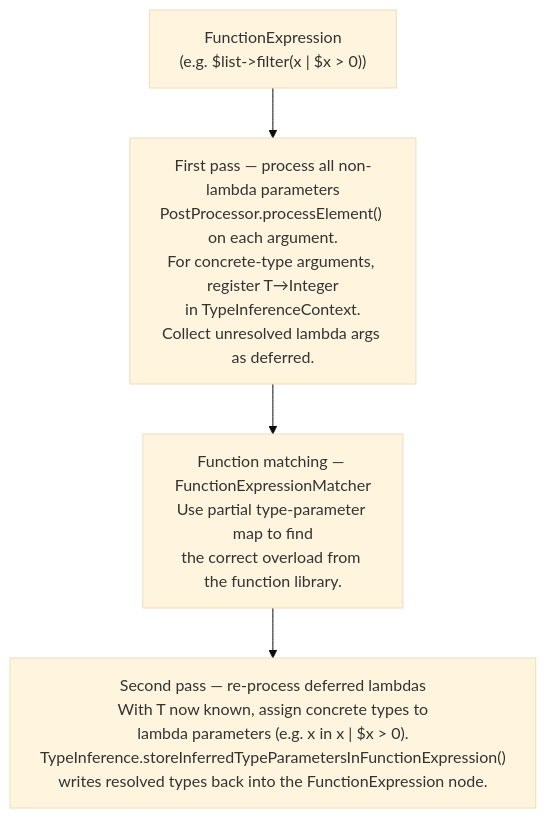
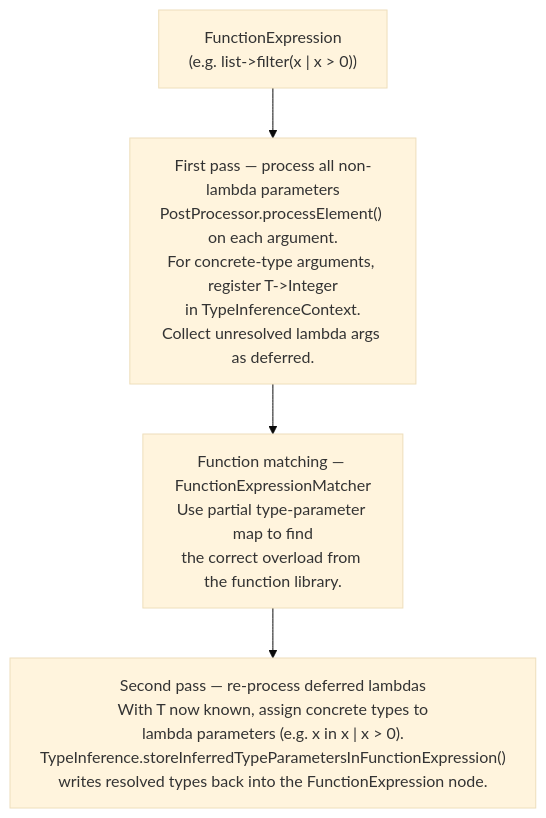
Before and after one commit to finos/legend-pure: the fourth of 4 diagrams in docs/architecture/compiler-pipeline.md, drawn with Mermaid (base theme). The commit also changed other lines of this file and 2 other files, not shown here.

Commit message:
docs: fix invalid Mermaid diagram syntax across docs

````diff
--- a/docs/architecture/compiler-pipeline.md
+++ b/docs/architecture/compiler-pipeline.md
@@ -431,9 +431,9 @@
 ```mermaid
 flowchart TD
-    expr["FunctionExpression\n(e.g. $list->filter(x | $x > 0))"]
-    first["First pass — process all non-lambda parameters\nPostProcessor.processElement() on each argument.\nFor concrete-type arguments, register T→Integer\nin TypeInferenceContext.\nCollect unresolved lambda args as deferred."]
+    expr["FunctionExpression\n(e.g. list-&gt;filter(x | x &gt; 0))"]
+    first["First pass — process all non-lambda parameters\nPostProcessor.processElement() on each argument.\nFor concrete-type arguments, register T-&gt;Integer\nin TypeInferenceContext.\nCollect unresolved lambda args as deferred."]
     match["Function matching — FunctionExpressionMatcher\nUse partial type-parameter map to find\nthe correct overload from the function library."]
-    second["Second pass — re-process deferred lambdas\nWith T now known, assign concrete types to\nlambda parameters (e.g. x in x | $x > 0).\nTypeInference.storeInferredTypeParametersInFunctionExpression()\nwrites resolved types back into the FunctionExpression node."]
+    second["Second pass — re-process deferred lambdas\nWith T now known, assign concrete types to\nlambda parameters (e.g. x in x | x &gt; 0).\nTypeInference.storeInferredTypeParametersInFunctionExpression()\nwrites resolved types back into the FunctionExpression node."]
 
     expr --> first --> match --> second
 ```
````
